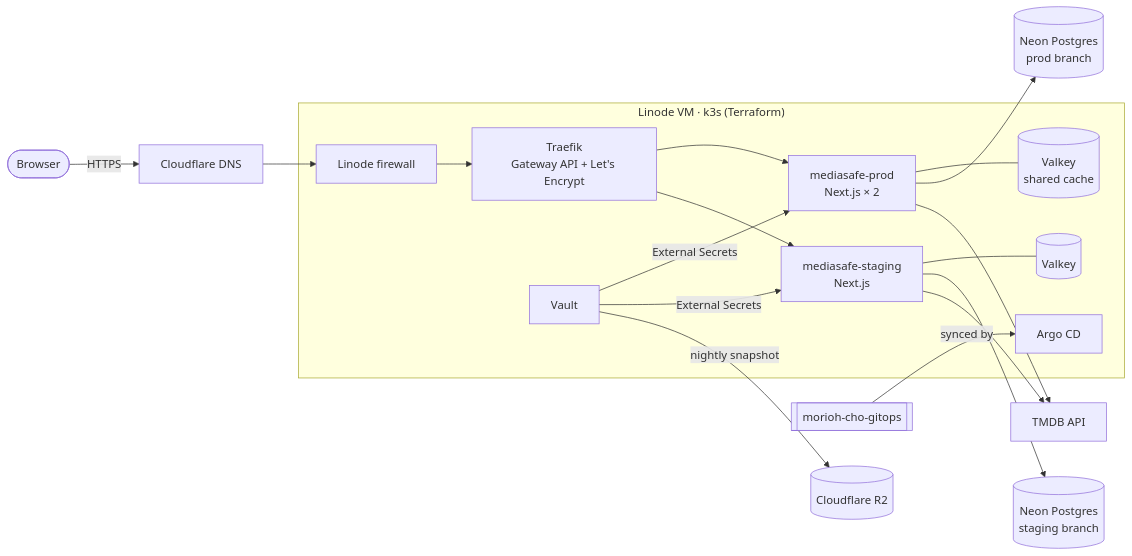
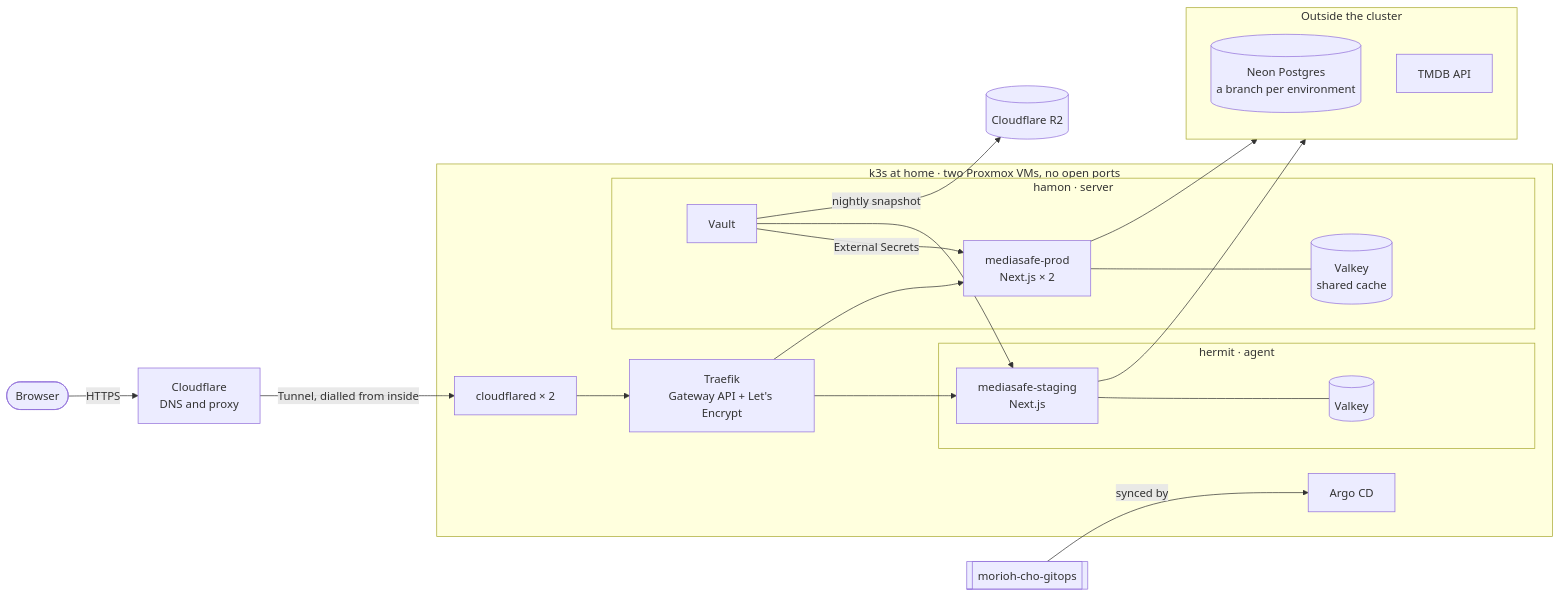
The first of 2 diagrams in README.md (Joyaroin/MediaSafe), drawn with Mermaid before and after one commit. The commit also changed other lines of this file and 7 other files, not shown here.

First line of the commit message:
Describe the home cluster as what runs MediaSafe now

````diff
--- a/README.md
+++ b/README.md
@@ -52,22 +52,35 @@
 ```mermaid
 flowchart LR
-  user([Browser]) -->|HTTPS| dns[Cloudflare DNS]
-  dns --> fw[Linode firewall]
+  user([Browser]) -->|HTTPS| edge[Cloudflare<br/>DNS and proxy]
+  edge -->|"Tunnel, dialled from inside"| cfd
 
-  subgraph vm["Linode VM · k3s (Terraform)"]
-    fw --> traefik["Traefik<br/>Gateway API + Let's Encrypt"]
-    traefik --> prod["mediasafe-prod<br/>Next.js × 2"]
-    traefik --> staging["mediasafe-staging<br/>Next.js"]
-    prod --- vprod[(Valkey<br/>shared cache)]
-    staging --- vstg[(Valkey)]
-    vault[Vault] -->|External Secrets| prod
-    vault -->|External Secrets| staging
+  subgraph home["k3s at home · two Proxmox VMs, no open ports"]
+    cfd["cloudflared × 2"] --> traefik["Traefik<br/>Gateway API + Let's Encrypt"]
+    subgraph hamon["hamon · server"]
+      prod["mediasafe-prod<br/>Next.js × 2"]
+      vprod[(Valkey<br/>shared cache)]
+      vault[Vault]
+    end
+    subgraph hermit["hermit · agent"]
+      staging["mediasafe-staging<br/>Next.js"]
+      vstg[(Valkey)]
+    end
+    traefik --> prod
+    traefik --> staging
+    prod --- vprod
+    staging --- vstg
+    vault -->|External Secrets| prod
+    vault --> staging
     argo[Argo CD]
   end
 
-  prod --> neonp[(Neon Postgres<br/>prod branch)]
-  staging --> neons[(Neon Postgres<br/>staging branch)]
-  prod & staging --> tmdb[TMDB API]
+  subgraph services["Outside the cluster"]
+    direction TB
+    neon[(Neon Postgres<br/>a branch per environment)]
+    tmdb[TMDB API]
+  end
+
+  prod & staging --> services
   vault -->|nightly snapshot| r2[(Cloudflare R2)]
   gitops[[morioh-cho-gitops]] -->|synced by| argo
 ```
````
